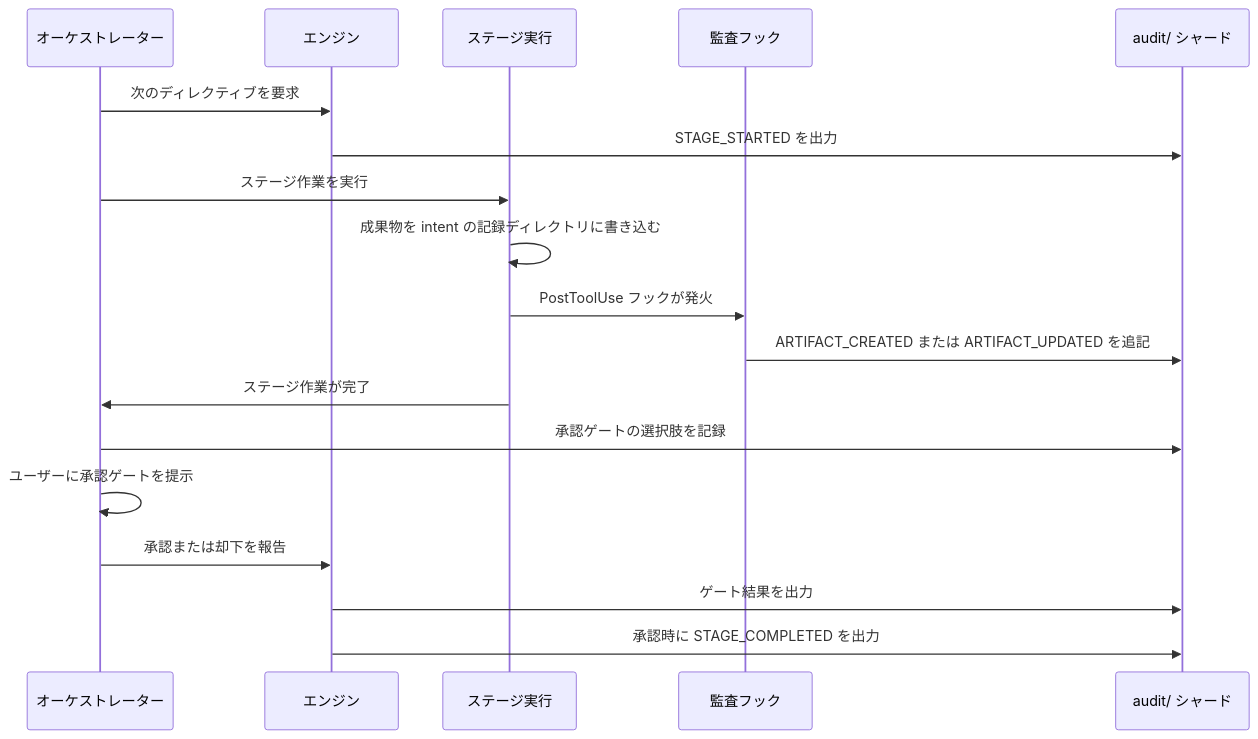
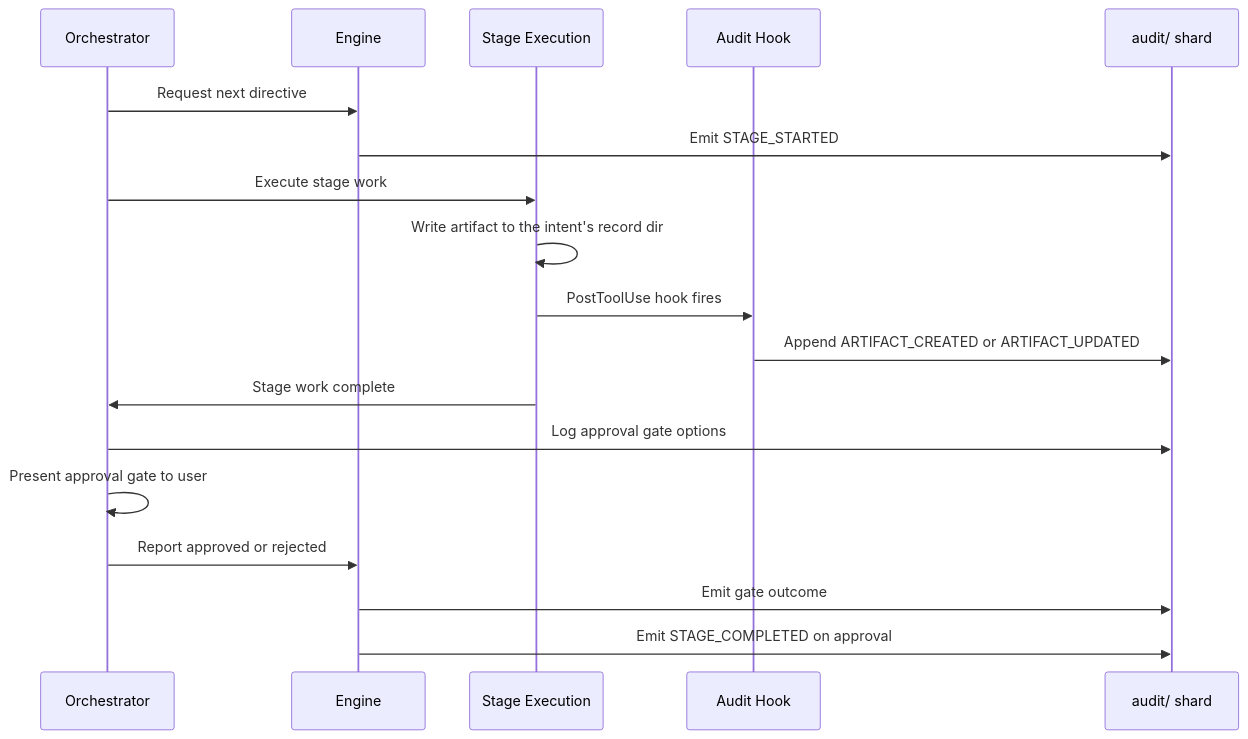
One commit to otomatty/aidlc-guide changed the second of 2 diagrams in docs/guide/ja/10-state-and-audit.md. Above: the diagram before and after it, drawn with Mermaid. The commit also changed other lines of this file and 281 other files, not shown here.

````diff
--- a/docs/guide/ja/10-state-and-audit.md
+++ b/docs/guide/ja/10-state-and-audit.md
@@ -135,21 +136,21 @@
 ```mermaid
 sequenceDiagram
-    participant O as オーケストレーター
-    participant E as エンジン
-    participant S as ステージ実行
-    participant H as 監査フック
-    participant A as audit/ シャード
+    participant O as Orchestrator
+    participant E as Engine
+    participant S as Stage Execution
+    participant H as Audit Hook
+    participant A as audit/ shard
 
-    O->>E: 次のディレクティブを要求
-    E->>A: STAGE_STARTED を出力
-    O->>S: ステージ作業を実行
-    S->>S: 成果物を intent の記録ディレクトリに書き込む
-    S->>H: PostToolUse フックが発火
-    H->>A: ARTIFACT_CREATED または ARTIFACT_UPDATED を追記
-    S->>O: ステージ作業が完了
-    O->>A: 承認ゲートの選択肢を記録
-    O->>O: ユーザーに承認ゲートを提示
-    O->>E: 承認または却下を報告
-    E->>A: ゲート結果を出力
-    E->>A: 承認時に STAGE_COMPLETED を出力
+    O->>E: Request next directive
+    E->>A: Emit STAGE_STARTED
+    O->>S: Execute stage work
+    S->>S: Write artifact to the intent's record dir
+    S->>H: PostToolUse hook fires
+    H->>A: Append ARTIFACT_CREATED or ARTIFACT_UPDATED
+    S->>O: Stage work complete
+    O->>A: Log approval gate options
+    O->>O: Present approval gate to user
+    O->>E: Report approved or rejected
+    E->>A: Emit gate outcome
+    E->>A: Emit STAGE_COMPLETED on approval
 ```
````
